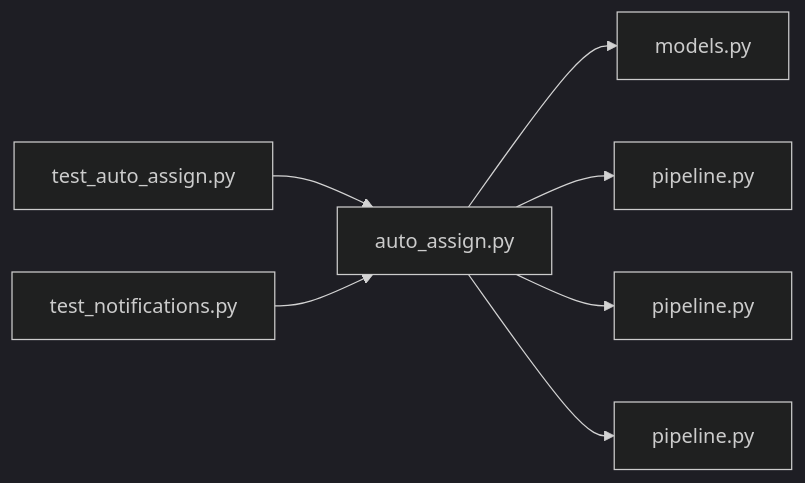
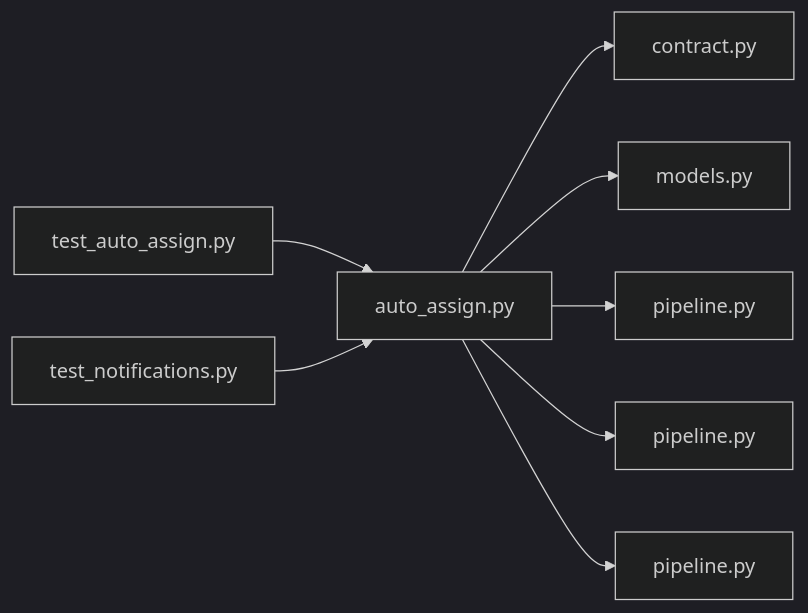
One commit to minkong-dev/Banblit changed the diagram in .cluedoc/graph/backend/src/backend/jobs/auto_assign.md. Above: the diagram before and after it, drawn with Mermaid (dark theme). The commit also changed other lines of this file and 48 other files, not shown here.

First line of the commit message:
backend: split file storage into its own module and keep shared literals in contract

````diff
--- a/.cluedoc/graph/backend/src/backend/jobs/auto_assign.md
+++ b/.cluedoc/graph/backend/src/backend/jobs/auto_assign.md
@@ -10,10 +10,11 @@
 ```mermaid
 flowchart LR
   backend_src_backend_jobs_auto_assign["auto_assign.py"]
+  backend_src_backend_jobs_auto_assign --> backend_src_backend_contract["contract.py"]
   backend_src_backend_jobs_auto_assign --> backend_src_backend_db_models["models.py"]
   backend_src_backend_jobs_auto_assign --> backend_src_backend_db_pipeline["pipeline.py"]
   backend_src_backend_jobs_auto_assign --> backend_src_backend_services_board_pipeline["pipeline.py"]
   backend_src_backend_jobs_auto_assign --> backend_src_backend_services_period_pipeline["pipeline.py"]
   backend_tests_integration_db_test_auto_assign["test_auto_assign.py"] --> backend_src_backend_jobs_auto_assign
   backend_tests_integration_db_test_notifications["test_notifications.py"] --> backend_src_backend_jobs_auto_assign
 ```
````
